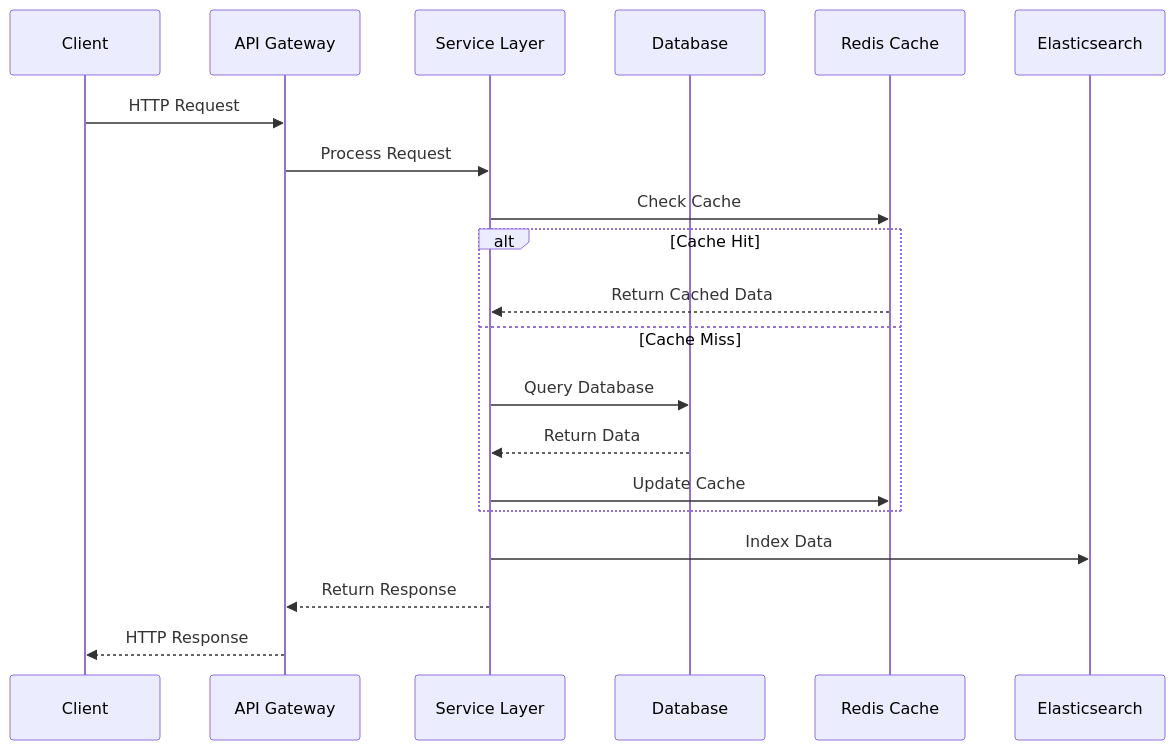
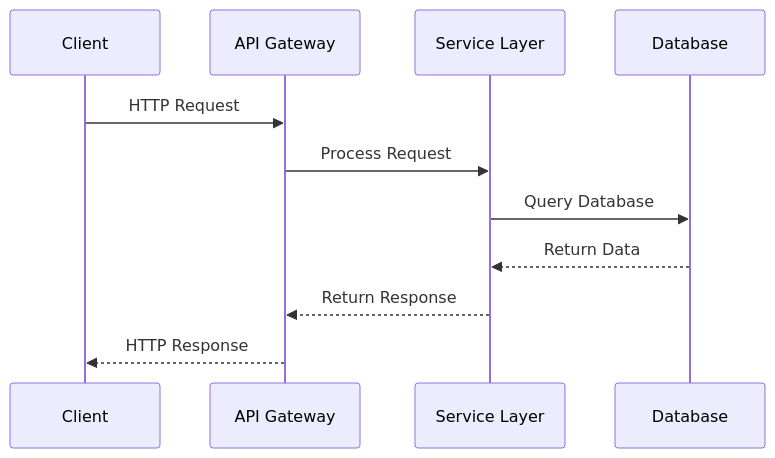
The fourth of 4 diagrams in README_IDATT2105_Semesterprosjekt2025.md (ntnu-blackandbrown/clozet), drawn with Mermaid before and after one commit. The commit also changed other lines of this file and 1 other file, not shown here.

Commit message:
removal of planned implementation

````diff
--- a/README_IDATT2105_Semesterprosjekt2025.md
+++ b/README_IDATT2105_Semesterprosjekt2025.md
@@ -276,23 +272,14 @@
 ```mermaid
 sequenceDiagram
     participant C as Client
     participant A as API Gateway
     participant S as Service Layer
     participant D as Database
-    participant R as Redis Cache
-    participant E as Elasticsearch
     
     C->>A: HTTP Request
     A->>S: Process Request
-    S->>R: Check Cache
-    alt Cache Hit
-        R-->>S: Return Cached Data
-    else Cache Miss
-        S->>D: Query Database
-        D-->>S: Return Data
-        S->>R: Update Cache
-    end
-    S->>E: Index Data
+    S->>D: Query Database
+    D-->>S: Return Data
     S-->>A: Return Response
     A-->>C: HTTP Response
 ```
````
